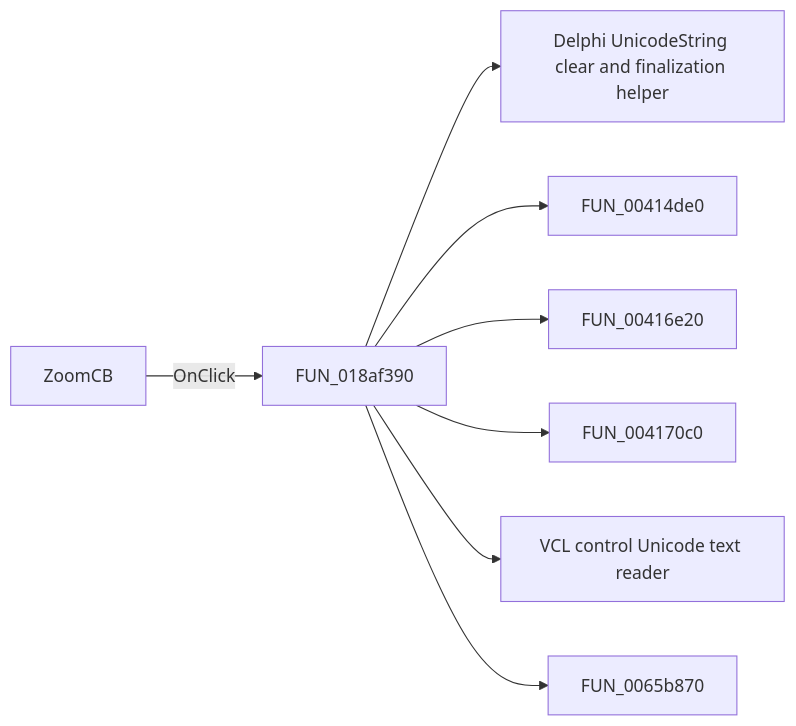
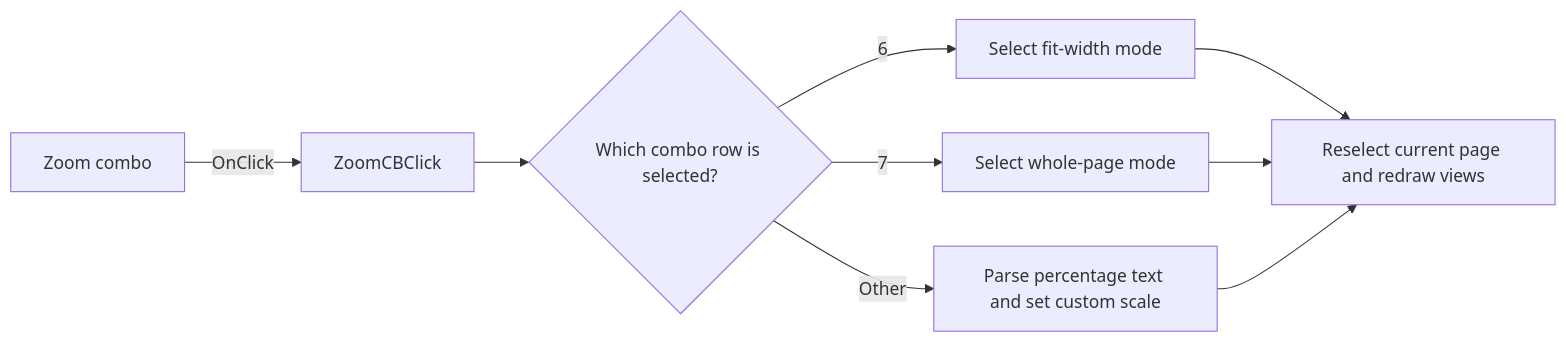
The diagram in docs/ui-controls/frxpreviewform/zoomcb-142c5d67ba.md (MovGP0/TIARA), drawn with Mermaid before and after one commit. The commit also changed other lines of this file and 387 other files, not shown here.

````diff
--- a/docs/ui-controls/frxpreviewform/zoomcb-142c5d67ba.md
+++ b/docs/ui-controls/frxpreviewform/zoomcb-142c5d67ba.md
@@ -27,10 +27,11 @@
 ```mermaid
 flowchart LR
-    control["ZoomCB"] -->|OnClick| handler["FUN_018af390"]
-    handler --> call1["Delphi UnicodeString clear and finalization helper"]
-    handler --> call2["FUN_00414de0"]
-    handler --> call3["FUN_00416e20"]
-    handler --> call4["FUN_004170c0"]
-    handler --> call5["VCL control Unicode text reader"]
-    handler --> call6["FUN_0065b870"]
+    control["Zoom combo"] -->|OnClick| handler["ZoomCBClick"]
+    handler --> choice{"Which combo row is selected?"}
+    choice -->|6| fitWidth["Select fit-width mode"]
+    choice -->|7| wholePage["Select whole-page mode"]
+    choice -->|Other| parse["Parse percentage text and set custom scale"]
+    fitWidth --> redraw["Reselect current page and redraw views"]
+    wholePage --> redraw
+    parse --> redraw
 ```
````
